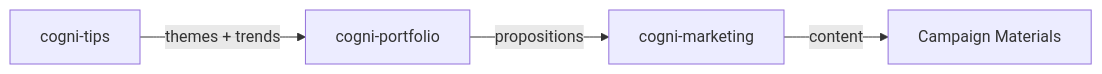
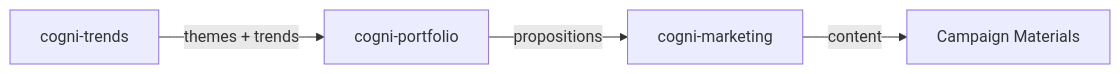
Before and after one commit to cogni-work/cogni-works: the diagram in cogni-help/skills/workflow/references/workflows/trend-to-marketing.md, drawn with Mermaid. The commit also changed other lines of this file and 270 other files, not shown here.

First line of the commit message:
refactor: rename cogni-tips to cogni-trends for clarity

````diff
--- a/cogni-help/skills/workflow/references/workflows/trend-to-marketing.md
+++ b/cogni-help/skills/workflow/references/workflows/trend-to-marketing.md
@@ -7,6 +7,6 @@
 ```mermaid
 graph LR
-    A[cogni-tips] -->|themes + trends| B[cogni-portfolio]
+    A[cogni-trends] -->|themes + trends| B[cogni-portfolio]
     B -->|propositions| C[cogni-marketing]
     C -->|content| D[Campaign Materials]
 ```
````
